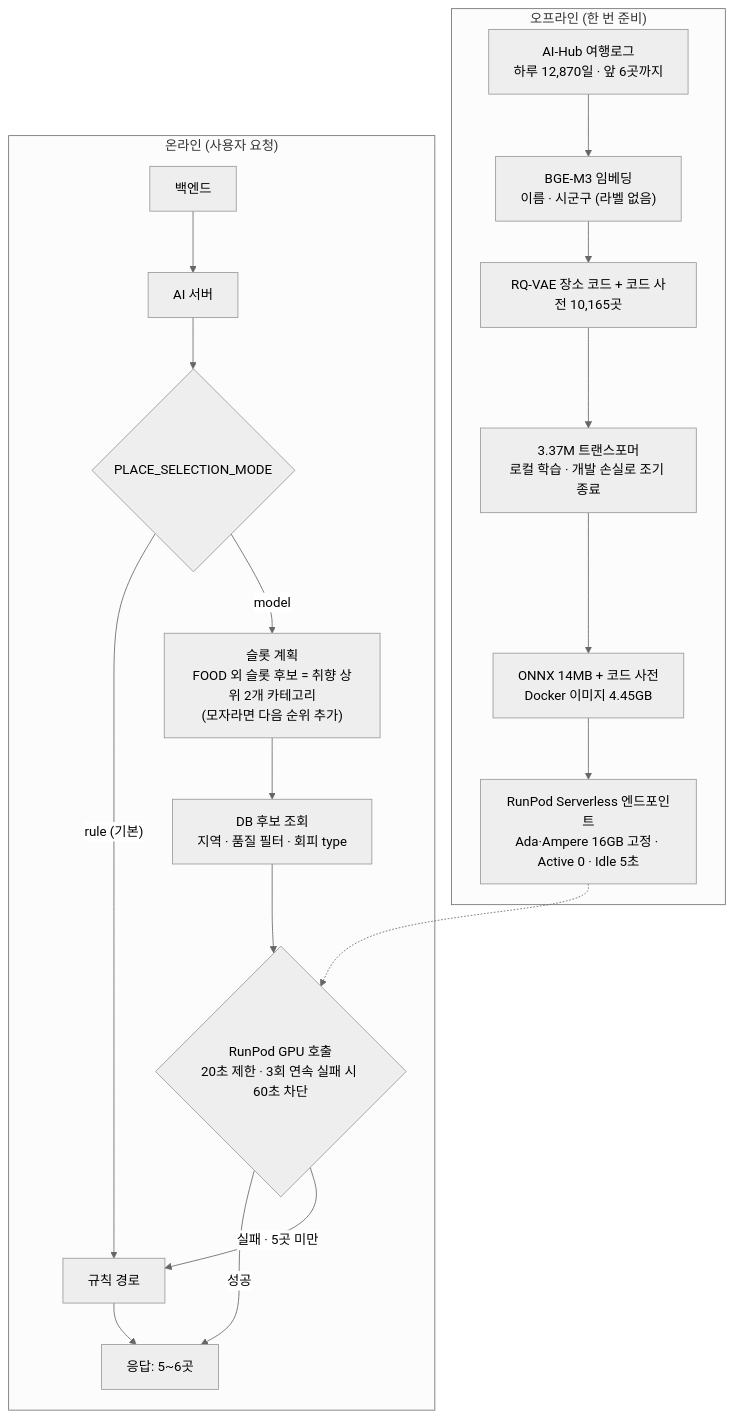
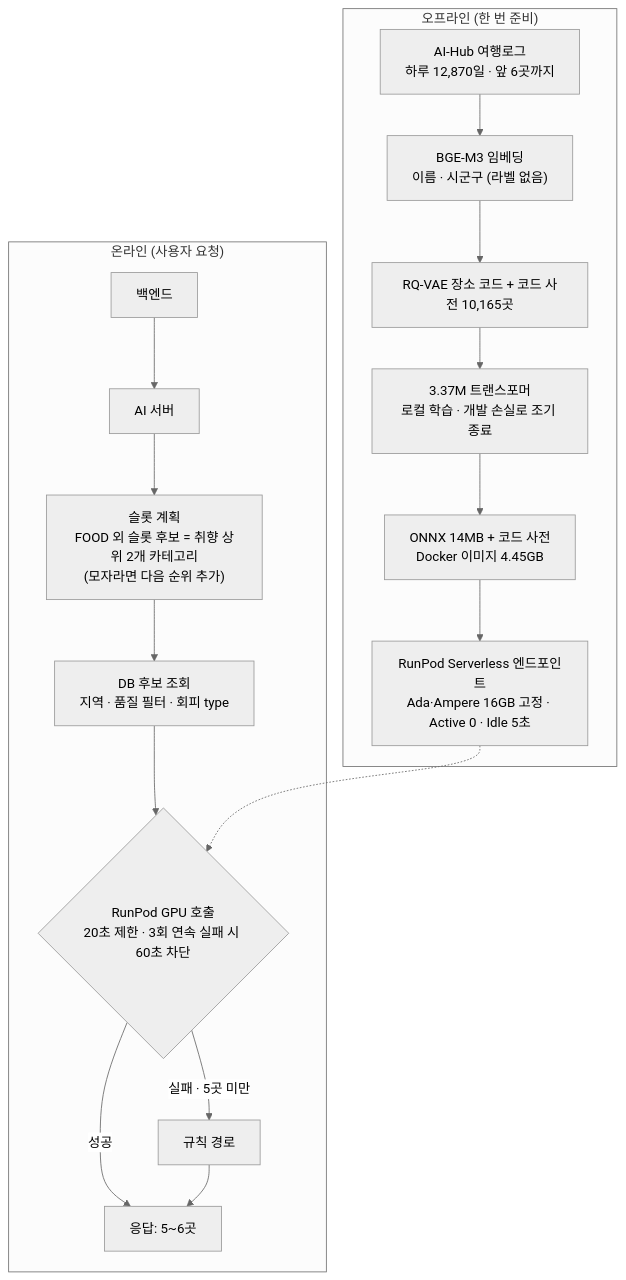
The third of 3 diagrams in docs/trips/place-selection-evolution.md (100-hours-a-week/KTB4-20th-AI), drawn with Mermaid (neutral theme) before and after one commit. The commit also changed other lines of this file and 13 other files, not shown here.

````diff
--- a/docs/trips/place-selection-evolution.md
+++ b/docs/trips/place-selection-evolution.md
@@ -140,22 +140,20 @@
 ```mermaid
 flowchart TD
     subgraph OFF["오프라인 (한 번 준비)"]
         L["AI-Hub 여행로그<br/>하루 12,870일 · 앞 6곳까지"] --> E["BGE-M3 임베딩<br/>이름 · 시군구 (라벨 없음)"]
         E --> C["RQ-VAE 장소 코드 + 코드 사전 10,165곳"]
         C --> T["3.37M 트랜스포머<br/>로컬 학습 · 개발 손실로 조기 종료"]
         T --> B["ONNX 14MB + 코드 사전<br/>Docker 이미지 4.45GB"]
         B --> RP["RunPod Serverless 엔드포인트<br/>Ada·Ampere 16GB 고정 · Active 0 · Idle 5초"]
     end
     subgraph ON["온라인 (사용자 요청)"]
         BE["백엔드"] --> AI["AI 서버"]
-        AI --> MODE{"PLACE_SELECTION_MODE"}
-        MODE -- "rule (기본)" --> RULE["규칙 경로"]
-        MODE -- "model" --> SLOT["슬롯 계획<br/>FOOD 외 슬롯 후보 = 취향 상위 2개 카테고리<br/>(모자라면 다음 순위 추가)"]
+        AI --> SLOT["슬롯 계획<br/>FOOD 외 슬롯 후보 = 취향 상위 2개 카테고리<br/>(모자라면 다음 순위 추가)"]
         SLOT --> DB["DB 후보 조회<br/>지역 · 품질 필터 · 회피 type"]
         DB --> GPU{"RunPod GPU 호출<br/>20초 제한 · 3회 연속 실패 시 60초 차단"}
         GPU -- "성공" --> OUT["응답: 5~6곳"]
-        GPU -- "실패 · 5곳 미만" --> RULE
+        GPU -- "실패 · 5곳 미만" --> RULE["규칙 경로"]
         RULE --> OUT
     end
     RP -.-> GPU
 ```
````
